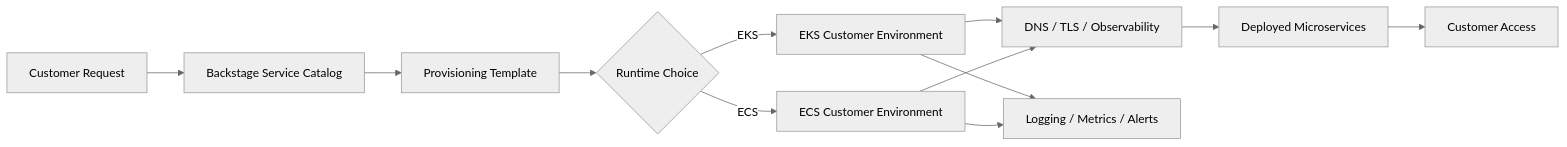
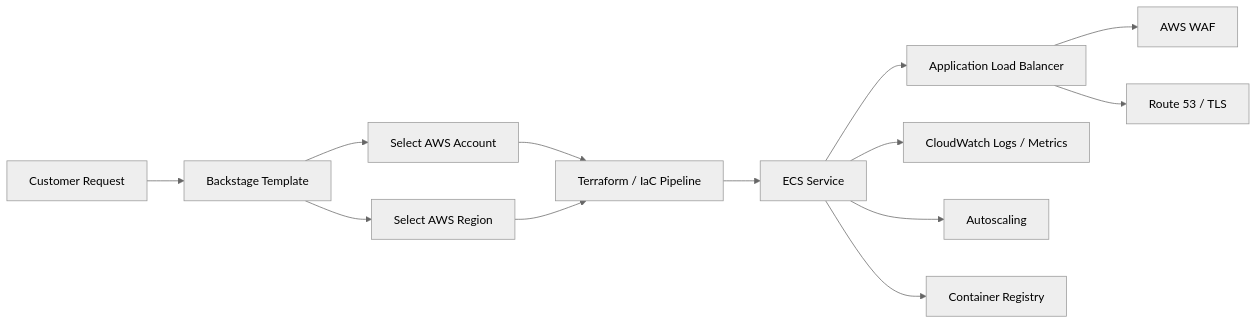
One commit to tukue/terraform-jenkins-aws changed the diagram in docs/multi-tenant-customer-runtime-design.md. Above: the diagram before and after it, drawn with Mermaid (neutral theme). The commit also changed other lines of this file and 21 other files, not shown here.

Commit message:
Add multi-tenant ECS provisioning flow

````diff
--- a/docs/multi-tenant-customer-runtime-design.md
+++ b/docs/multi-tenant-customer-runtime-design.md
@@ -65,14 +78,15 @@
 ```mermaid
 flowchart LR
-  A["Customer Request"] --> B["Backstage Service Catalog"]
-  B --> C["Provisioning Template"]
-  C --> D{"Runtime Choice"}
-  D -->|EKS| E["EKS Customer Environment"]
-  D -->|ECS| F["ECS Customer Environment"]
-  E --> G["DNS / TLS / Observability"]
-  F --> G["DNS / TLS / Observability"]
-  G --> H["Deployed Microservices"]
-  H --> I["Customer Access"]
-  E --> J["Logging / Metrics / Alerts"]
-  F --> J["Logging / Metrics / Alerts"]
+  A["Customer Request"] --> B["Backstage Template"]
+  B --> C["Select AWS Account"]
+  B --> D["Select AWS Region"]
+  C --> E["Terraform / IaC Pipeline"]
+  D --> E["Terraform / IaC Pipeline"]
+  E --> F["ECS Service"]
+  F --> G["Application Load Balancer"]
+  G --> H["AWS WAF"]
+  F --> I["CloudWatch Logs / Metrics"]
+  F --> J["Autoscaling"]
+  G --> K["Route 53 / TLS"]
+  F --> L["Container Registry"]
 ```
````
